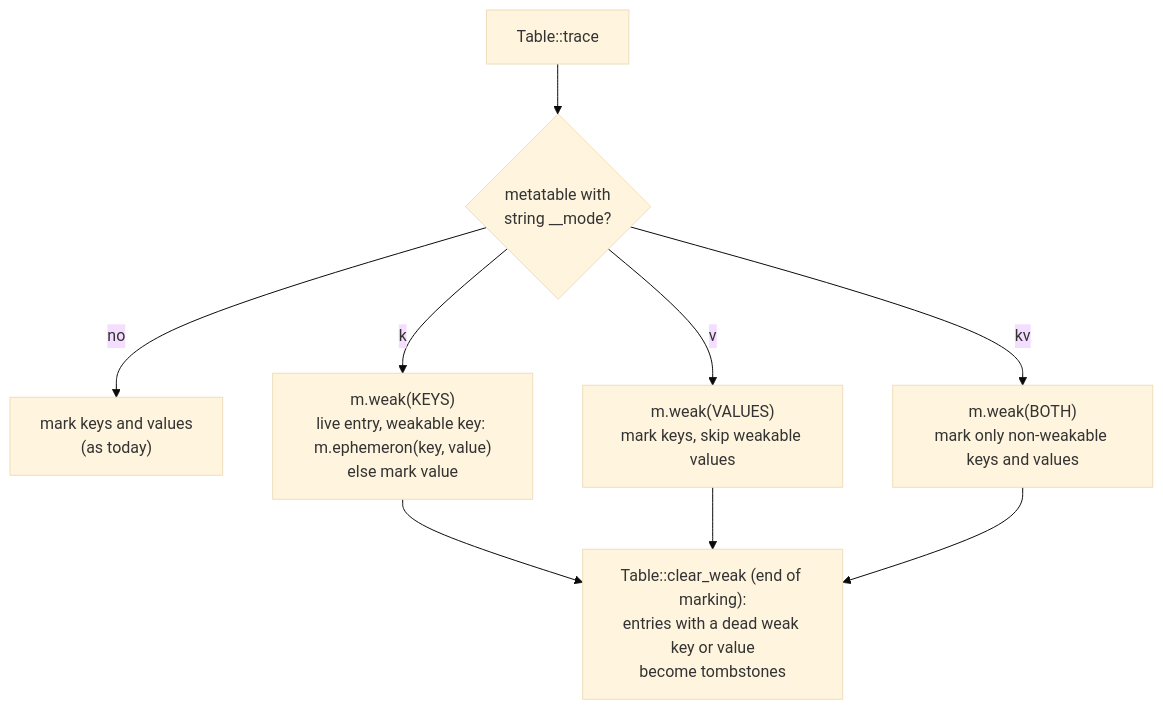
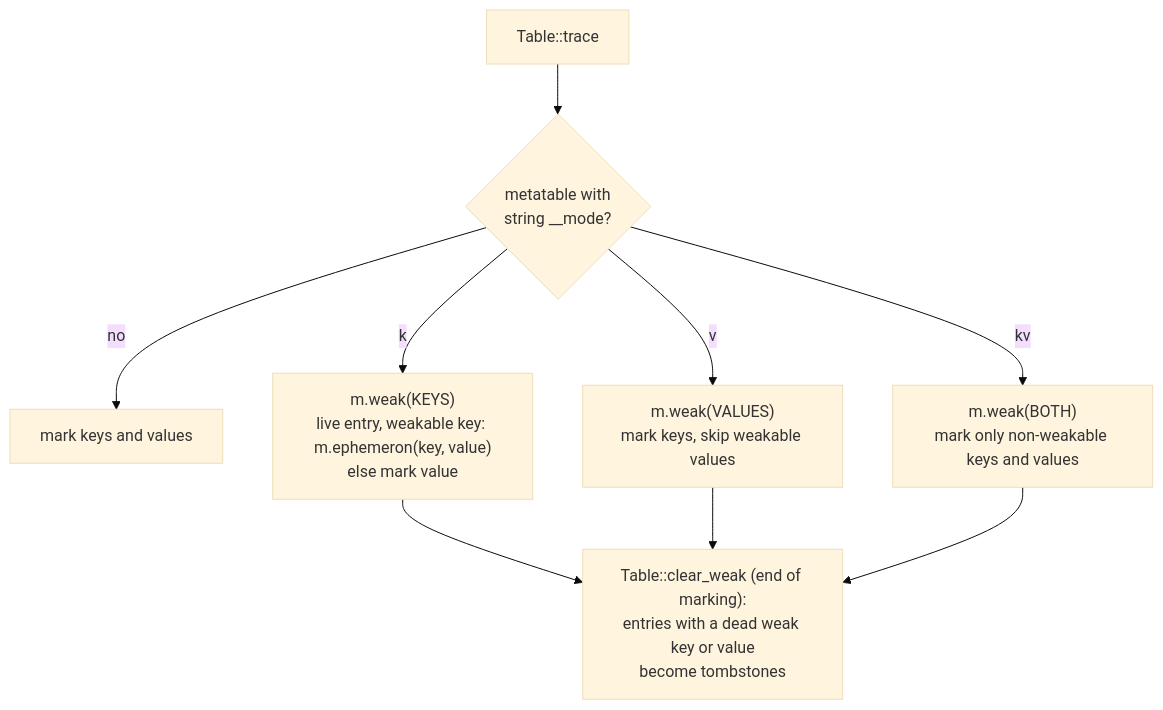
The diagram in docs/design/gc-semantics.md (orbitscript-lang/OrbitScript), drawn with Mermaid (base theme) before and after one commit. The commit also changed other lines of this file and 61 other files, not shown here.

````diff
--- a/docs/design/gc-semantics.md
+++ b/docs/design/gc-semantics.md
@@ -25,11 +25,11 @@
 ```mermaid
 flowchart TD
     T["Table::trace"] --> M{"metatable with<br/>string __mode?"}
-    M -- no --> S["mark keys and values<br/>(as today)"]
+    M -- no --> S["mark keys and values"]
     M -- "k" --> K["m.weak(KEYS)<br/>live entry, weakable key: m.ephemeron(key, value)<br/>else mark value"]
     M -- "v" --> V["m.weak(VALUES)<br/>mark keys, skip weakable values"]
     M -- "kv" --> KV["m.weak(BOTH)<br/>mark only non-weakable keys and values"]
     K --> C["Table::clear_weak (end of marking):<br/>entries with a dead weak key or value<br/>become tombstones"]
     V --> C
     KV --> C
 ```
````
